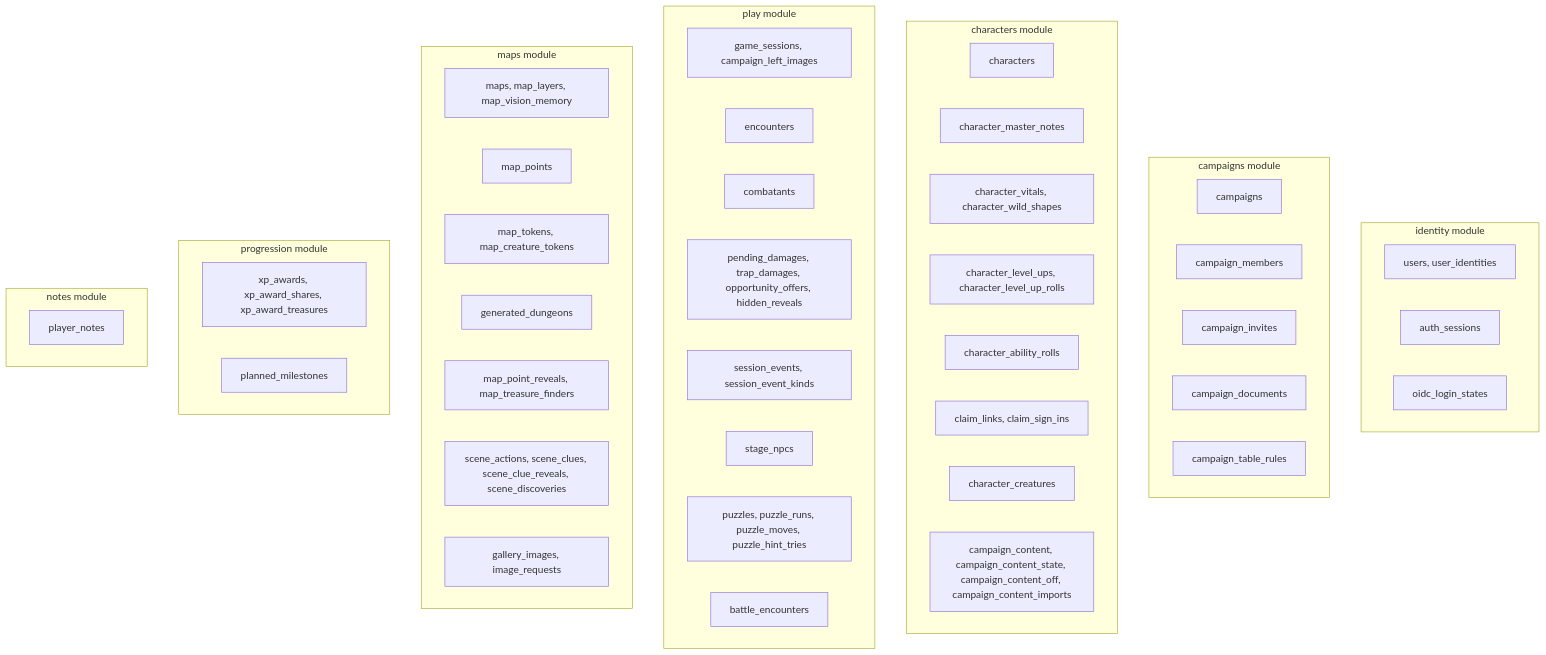
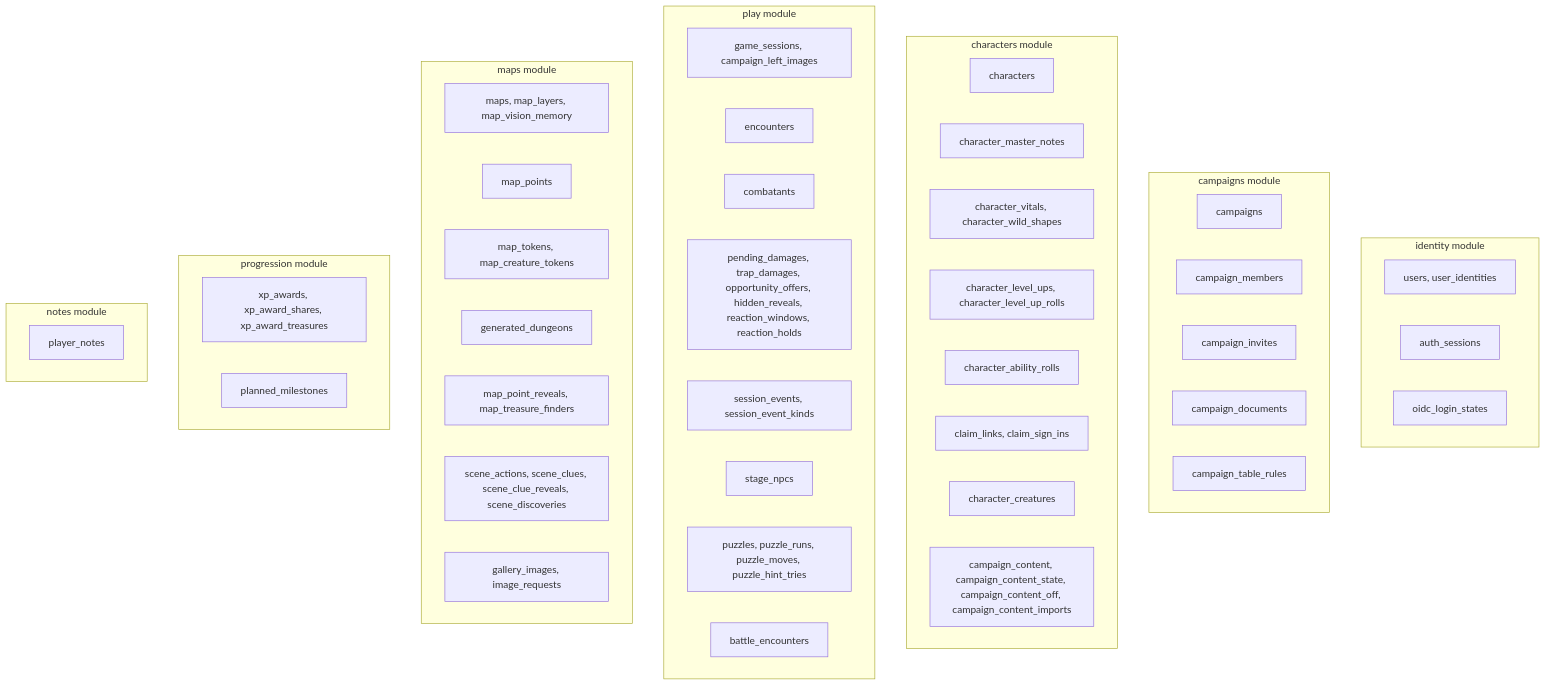
The first of 7 diagrams in docs/data.md (PuraFome/meuRPG), drawn with Mermaid before and after one commit. The commit also changed other lines of this file and 153 other files, not shown here.

````diff
--- a/docs/data.md
+++ b/docs/data.md
@@ -29,57 +29,57 @@
 ```mermaid
 flowchart TD
     subgraph identity["identity module"]
         t_users["users, user_identities"]
         t_auth_sessions["auth_sessions"]
         t_oidc_login_states["oidc_login_states"]
     end
 
     subgraph campaigns_mod["campaigns module"]
         t_campaigns["campaigns"]
         t_campaign_members["campaign_members"]
         t_campaign_invites["campaign_invites"]
         t_campaign_documents["campaign_documents"]
         t_campaign_table_rules["campaign_table_rules"]
     end
 
     subgraph characters_mod["characters module"]
         t_characters["characters"]
         t_character_master_notes["character_master_notes"]
         t_character_vitals["character_vitals, character_wild_shapes"]
         t_character_level_ups["character_level_ups, character_level_up_rolls"]
         t_character_ability_rolls["character_ability_rolls"]
         t_claim_links["claim_links, claim_sign_ins"]
         t_character_creatures["character_creatures"]
         t_campaign_content["campaign_content, campaign_content_state, campaign_content_off, campaign_content_imports"]
     end
 
     subgraph play["play module"]
         t_game_sessions["game_sessions, campaign_left_images"]
         t_encounters["encounters"]
         t_combatants["combatants"]
-        t_damage["pending_damages, trap_damages, opportunity_offers, hidden_reveals"]
+        t_damage["pending_damages, trap_damages, opportunity_offers, hidden_reveals, reaction_windows, reaction_holds"]
         t_session_events["session_events, session_event_kinds"]
         t_stage_npcs["stage_npcs"]
         t_puzzles["puzzles, puzzle_runs, puzzle_moves, puzzle_hint_tries"]
         t_battle_encounters["battle_encounters"]
     end
 
     subgraph maps_mod["maps module"]
         t_maps["maps, map_layers, map_vision_memory"]
         t_map_points["map_points"]
         t_map_tokens["map_tokens, map_creature_tokens"]
         t_generated_dungeons["generated_dungeons"]
         t_map_point_reveals["map_point_reveals, map_treasure_finders"]
         t_scene["scene_actions, scene_clues, scene_clue_reveals, scene_discoveries"]
         t_gallery_images["gallery_images, image_requests"]
     end
 
     subgraph progression["progression module"]
         t_xp_awards["xp_awards, xp_award_shares, xp_award_treasures"]
         t_planned_milestones["planned_milestones"]
     end
 
     subgraph notes_mod["notes module"]
         t_player_notes["player_notes"]
     end
 ```
````
